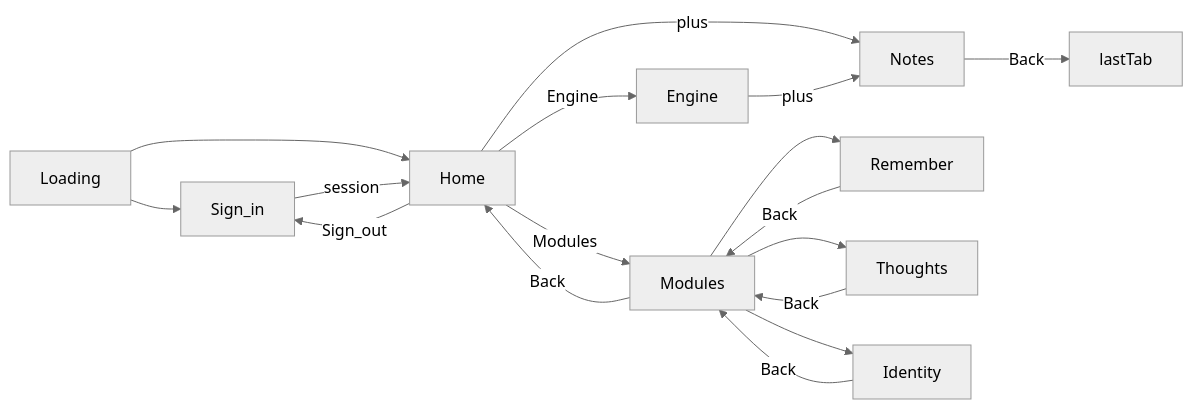
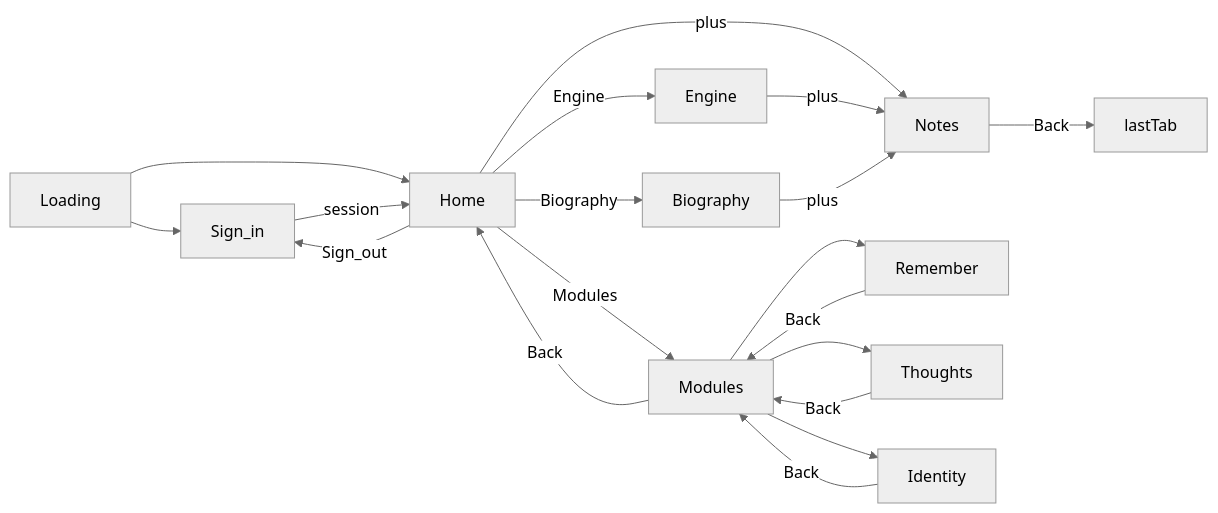
One commit to akgupta2002D/secondbrain2_0 changed the third of 10 diagrams in docs/ARCHITECTURE.md. Above: the diagram before and after it, drawn with Mermaid (neutral theme). The commit also changed other lines of this file and 19 other files, not shown here.

````diff
--- a/docs/ARCHITECTURE.md
+++ b/docs/ARCHITECTURE.md
@@ -78,29 +80,32 @@
 ```mermaid
 flowchart LR
   boot[Loading]
   signin[Sign_in]
   home[Home]
   engine[Engine]
+  biography[Biography]
   modules[Modules]
   notes[Notes]
   remember[Remember]
   thoughts[Thoughts]
   identity[Identity]
 
   boot --> signin
   boot --> home
   signin -->|session| home
   home -->|Sign_out| signin
   home -->|Engine| engine
+  home -->|Biography| biography
   home -->|Modules| modules
   home -->|plus| notes
   engine -->|plus| notes
+  biography -->|plus| notes
   notes -->|Back| lastTab
   modules -->|Back| home
   modules --> remember
   modules --> thoughts
   modules --> identity
   remember -->|Back| modules
   thoughts -->|Back| modules
   identity -->|Back| modules
 ```
````
